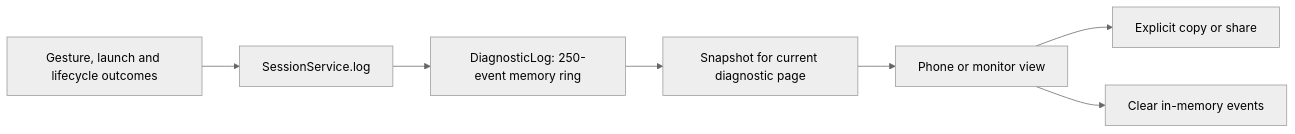
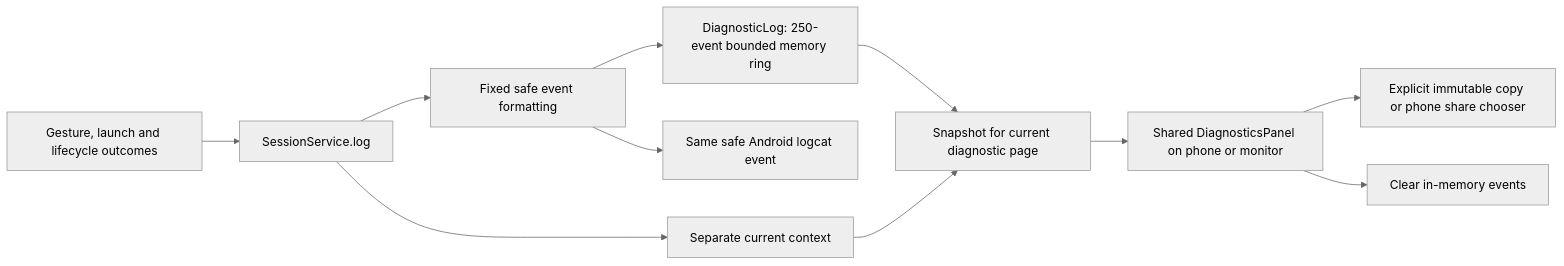
Before and after one commit to PhiLong-Ho/DexDroid: the first of 2 diagrams in docs/architecture/features/diagnostics.md, drawn with Mermaid (neutral theme). The commit also changed other lines of this file and 61 other files, not shown here.

````diff
--- a/docs/architecture/features/diagnostics.md
+++ b/docs/architecture/features/diagnostics.md
@@ -14,9 +21,13 @@
 ```mermaid
 flowchart LR
     Recognizer[Gesture, launch and lifecycle outcomes] --> Session[SessionService.log]
-    Session --> Ring[DiagnosticLog: 250-event memory ring]
+    Session --> Safe[Fixed safe event formatting]
+    Safe --> Ring[DiagnosticLog: 250-event bounded memory ring]
+    Safe --> Logcat[Same safe Android logcat event]
     Ring --> Snapshot[Snapshot for current diagnostic page]
-    Snapshot --> UI[Phone or monitor view]
-    UI --> Export[Explicit copy or share]
+    Session --> Context[Separate current context]
+    Context --> Snapshot
+    Snapshot --> UI[Shared DiagnosticsPanel on phone or monitor]
+    UI --> Export[Explicit immutable copy or phone share chooser]
     UI --> Clear[Clear in-memory events]
 ```
````
